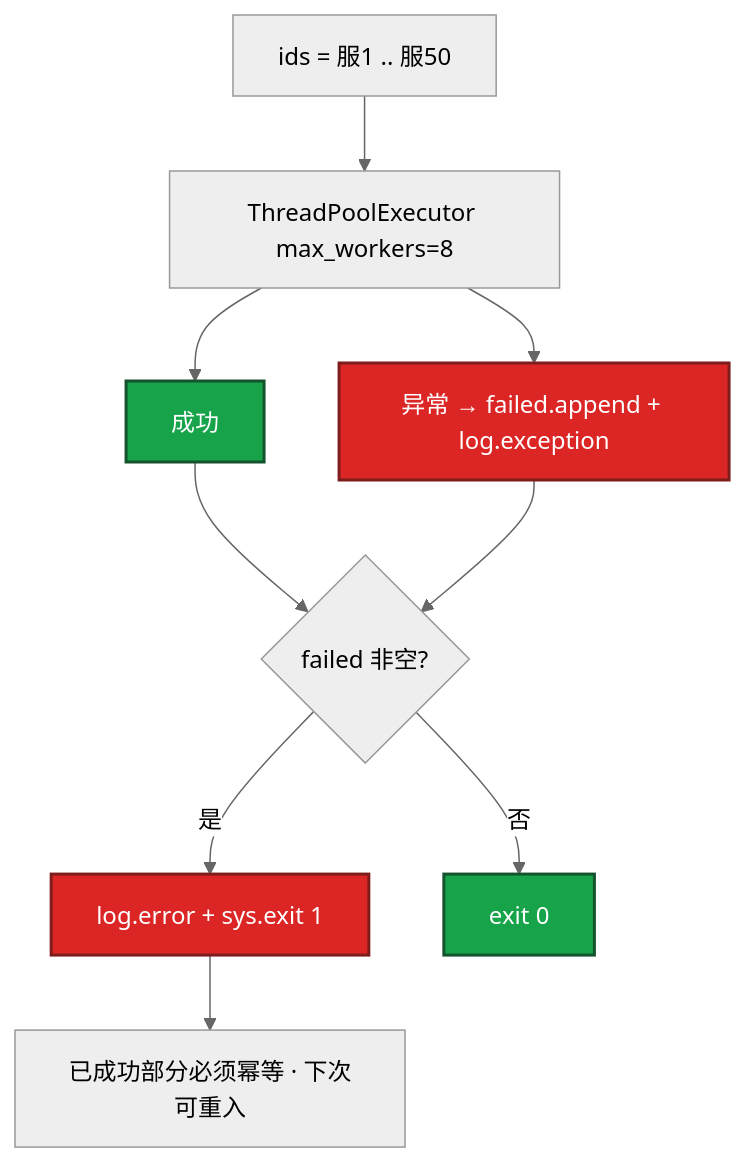
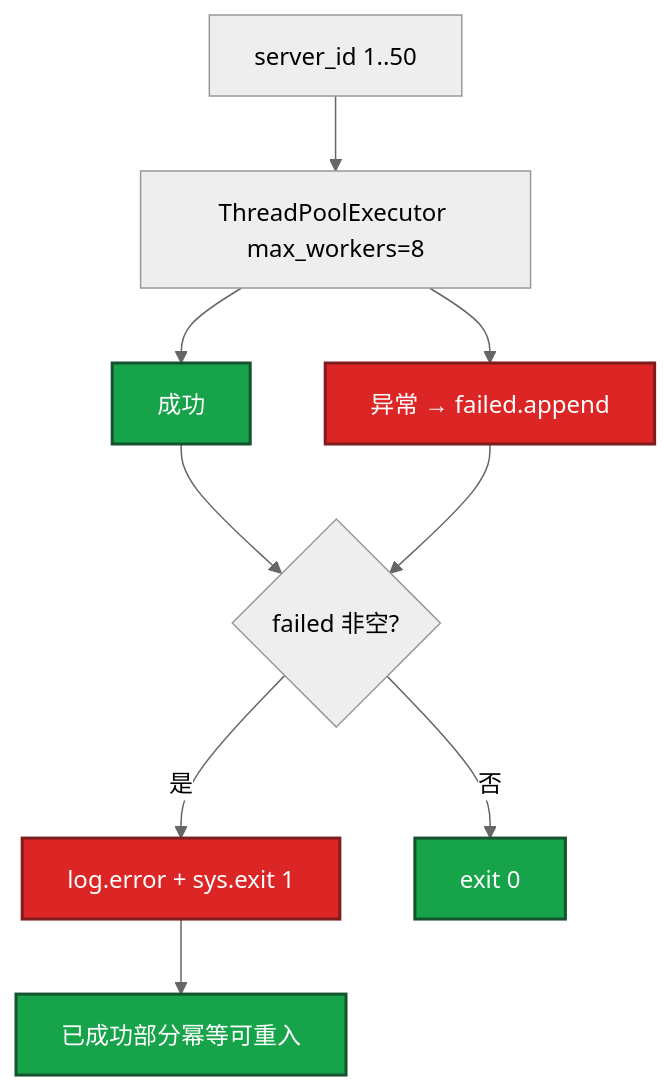
One commit to ml-cuizijun/LearnToLilith changed the third of 5 diagrams in 06-开发能力/02-Python运维/知识点.md. Above: the diagram before and after it, drawn with Mermaid (neutral theme). The commit also changed other lines of this file and 213 other files, not shown here.

````diff
--- a/06-开发能力/02-Python运维/知识点.md
+++ b/06-开发能力/02-Python运维/知识点.md
@@ -217,16 +343,16 @@
 ```mermaid
 flowchart TB
-    ids[ids = 服1 .. 服50] --> pool[ThreadPoolExecutor max_workers=8]
+    ids[server_id 1..50] --> pool[ThreadPoolExecutor max_workers=8]
     pool --> ok[成功]
-    pool --> bad[异常 → failed.append + log.exception]
+    pool --> bad[异常 → failed.append]
     ok --> endn{failed 非空?}
     bad --> endn
     endn -->|是| e1[log.error + sys.exit 1]
     endn -->|否| e0[exit 0]
-    e1 --> idem[已成功部分必须幂等 · 下次可重入]
+    e1 --> idem[已成功部分幂等可重入]
 
     classDef bad fill:#DC2626,stroke:#7F1D1D,stroke-width:2px,color:#fff
     classDef ok fill:#16A34A,stroke:#14532D,stroke-width:2px,color:#fff
     class e1,bad bad
-    class e0,ok ok
+    class e0,ok,idem ok
 ```
````
